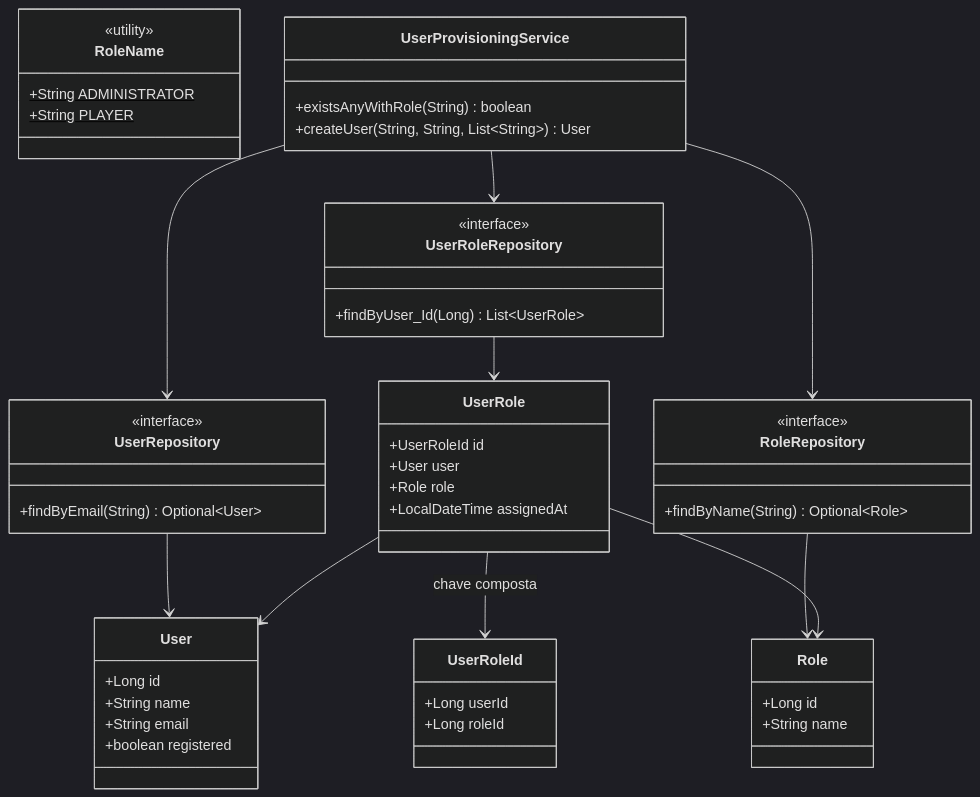
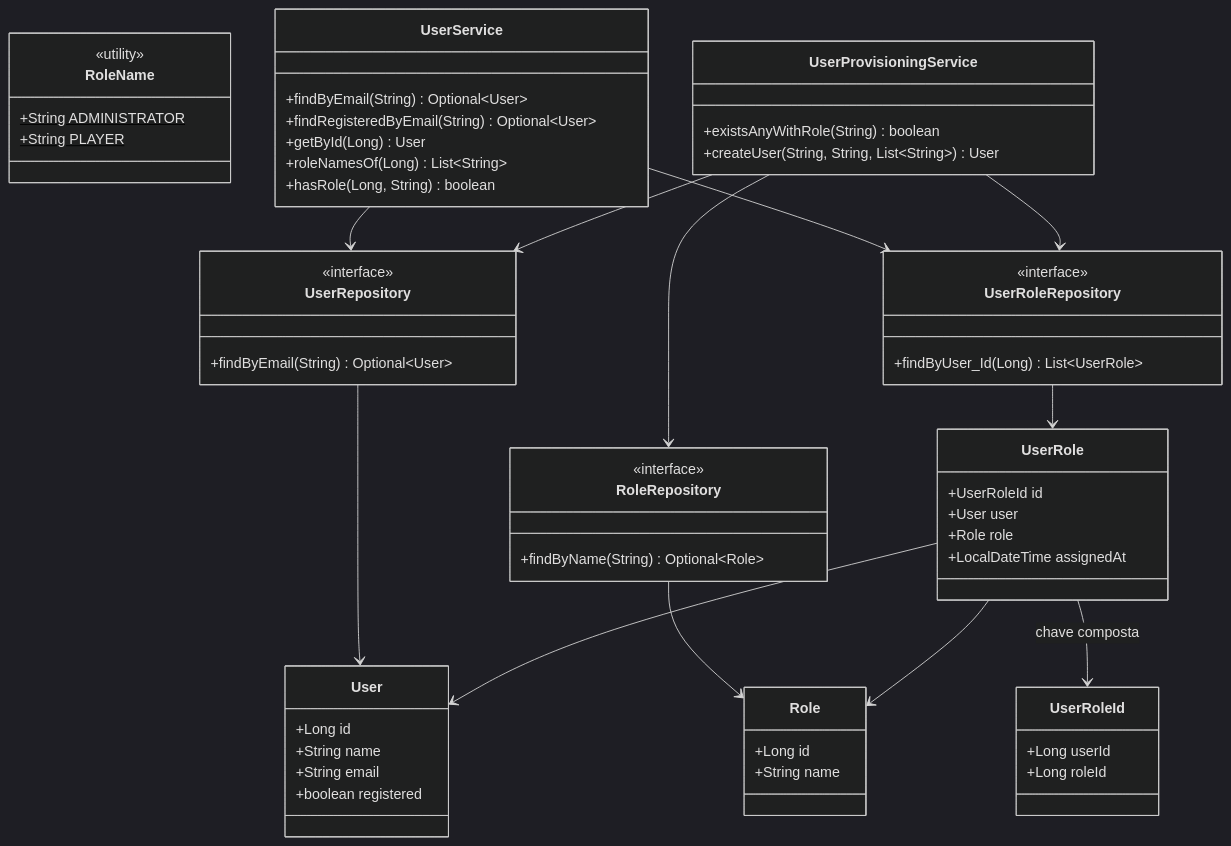
Before and after one commit to lalgarve/jogo-acoes: diagram 11 of 21 in docs/diagrams/modulos.md, drawn with Mermaid (dark theme). The commit also changed other lines of this file and 2 other files, not shown here.

First line of the commit message:
docs: update module diagrams and spec 05-029 after implementation

````diff
--- a/docs/diagrams/modulos.md
+++ b/docs/diagrams/modulos.md
@@ -477,54 +489,63 @@
 ```mermaid
 classDiagram
     class User {
         +Long id
         +String name
         +String email
         +boolean registered
     }
     class Role {
         +Long id
         +String name
     }
     class RoleName {
         <<utility>>
         +String ADMINISTRATOR$
         +String PLAYER$
     }
     class UserRoleId {
         +Long userId
         +Long roleId
     }
     class UserRole {
         +UserRoleId id
         +User user
         +Role role
         +LocalDateTime assignedAt
     }
     class UserRepository {
         <<interface>>
         +findByEmail(String) Optional~User~
     }
     class RoleRepository {
         <<interface>>
         +findByName(String) Optional~Role~
     }
     class UserRoleRepository {
         <<interface>>
         +findByUser_Id(Long) List~UserRole~
     }
     class UserProvisioningService {
         +existsAnyWithRole(String) boolean
         +createUser(String, String, List~String~) User
     }
+    class UserService {
+        +findByEmail(String) Optional~User~
+        +findRegisteredByEmail(String) Optional~User~
+        +getById(Long) User
+        +roleNamesOf(Long) List~String~
+        +hasRole(Long, String) boolean
+    }
 
     UserRole --> UserRoleId : chave composta
     UserRole --> User
     UserRole --> Role
     UserRoleRepository --> UserRole
     RoleRepository --> Role
     UserRepository --> User
     UserProvisioningService --> UserRepository
     UserProvisioningService --> RoleRepository
     UserProvisioningService --> UserRoleRepository
+    UserService --> UserRepository
+    UserService --> UserRoleRepository
 ```
````
